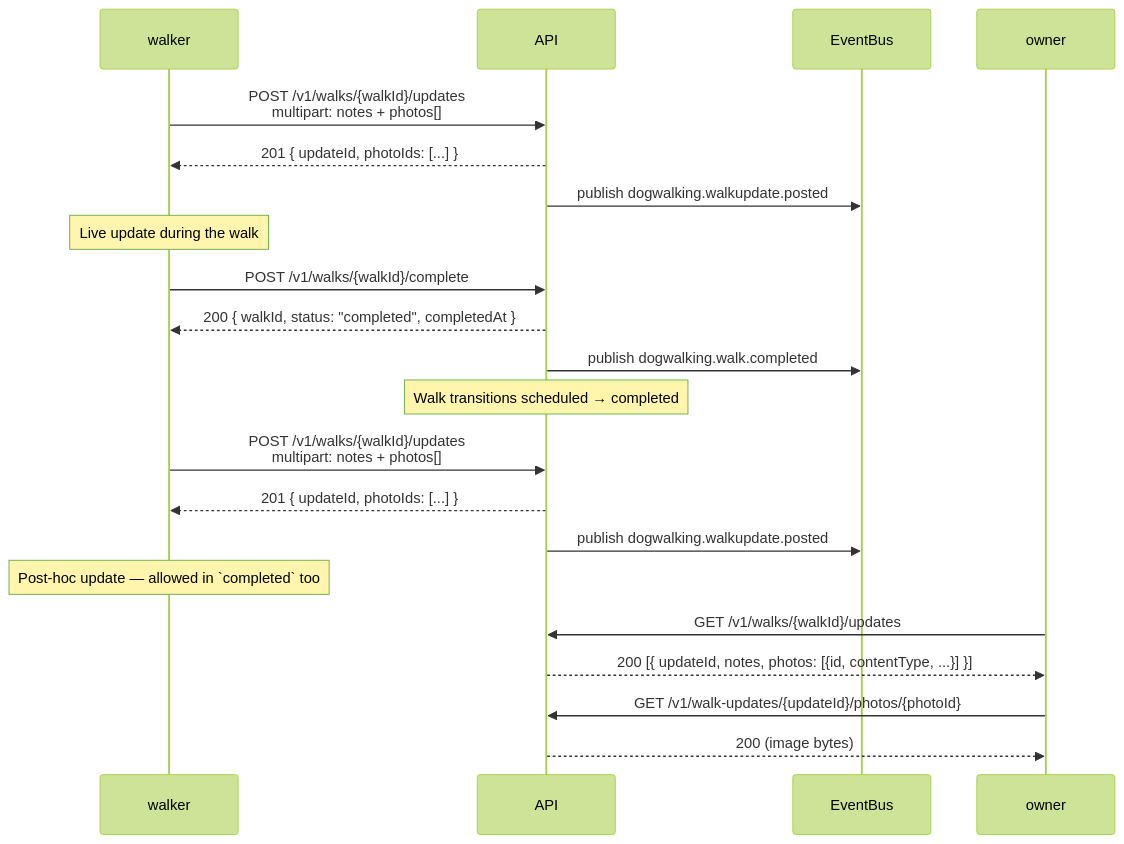
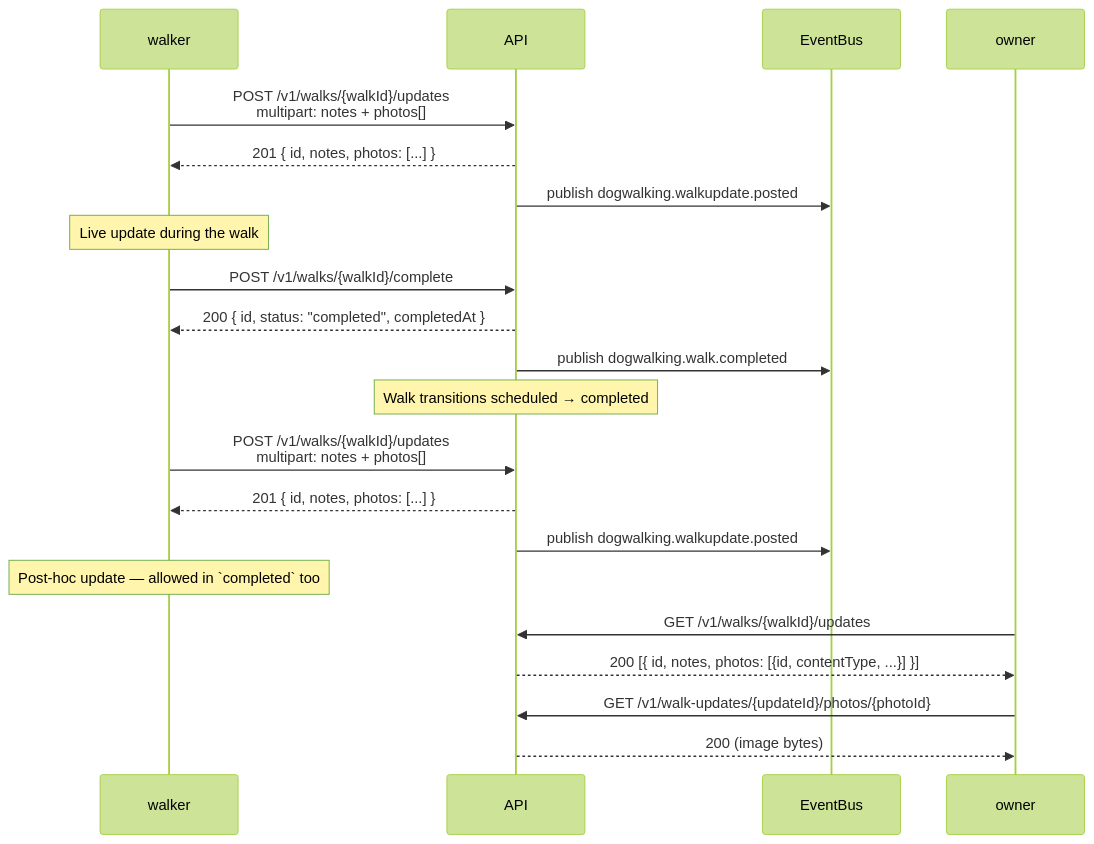
The tenth of 12 diagrams in docs/specifications/sequence-diagrams.md (dataGriff/spec-dog-walking), drawn with Mermaid (forest theme) before and after one commit. The commit also changed other lines of this file and 2 other files, not shown here.

First line of the commit message:
feat(flows): fix Flow 1 register body, cover new stories, align keys and ordering

````diff
--- a/docs/specifications/sequence-diagrams.md
+++ b/docs/specifications/sequence-diagrams.md
@@ -223,28 +253,28 @@
 ```mermaid
 sequenceDiagram
     participant walker
     participant API
     participant EventBus
     participant owner
 
     walker->>API: POST /v1/walks/{walkId}/updates<br/>multipart: notes + photos[]
-    API-->>walker: 201 { updateId, photoIds: [...] }
+    API-->>walker: 201 { id, notes, photos: [...] }
     API->>EventBus: publish dogwalking.walkupdate.posted
     Note over walker: Live update during the walk
 
     walker->>API: POST /v1/walks/{walkId}/complete
-    API-->>walker: 200 { walkId, status: "completed", completedAt }
+    API-->>walker: 200 { id, status: "completed", completedAt }
     API->>EventBus: publish dogwalking.walk.completed
     Note over API: Walk transitions scheduled → completed
 
     walker->>API: POST /v1/walks/{walkId}/updates<br/>multipart: notes + photos[]
-    API-->>walker: 201 { updateId, photoIds: [...] }
+    API-->>walker: 201 { id, notes, photos: [...] }
     API->>EventBus: publish dogwalking.walkupdate.posted
     Note over walker: Post-hoc update — allowed in `completed` too
 
     owner->>API: GET /v1/walks/{walkId}/updates
-    API-->>owner: 200 [{ updateId, notes, photos: [{id, contentType, ...}] }]
+    API-->>owner: 200 [{ id, notes, photos: [{id, contentType, ...}] }]
 
     owner->>API: GET /v1/walk-updates/{updateId}/photos/{photoId}
     API-->>owner: 200 (image bytes)
 ```
````
